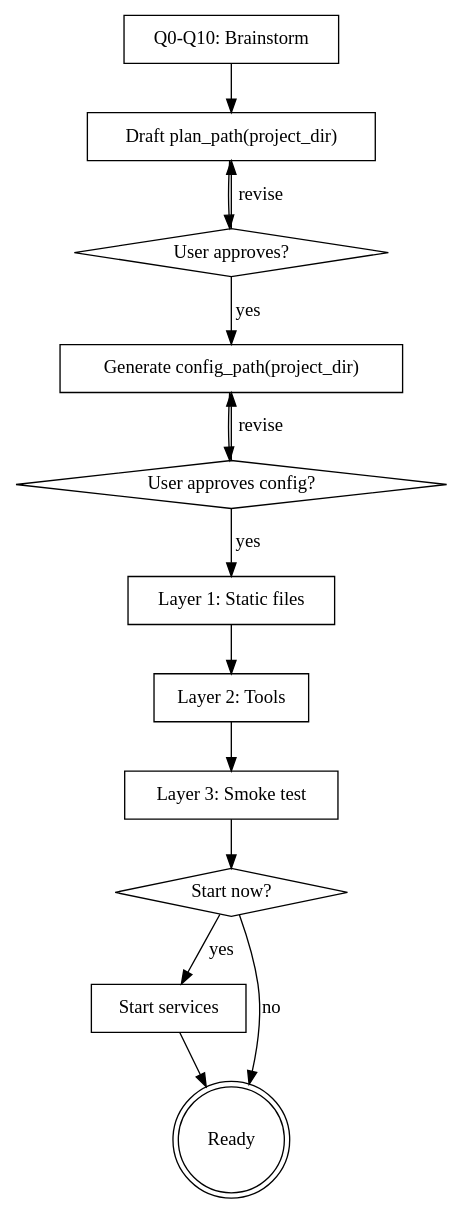
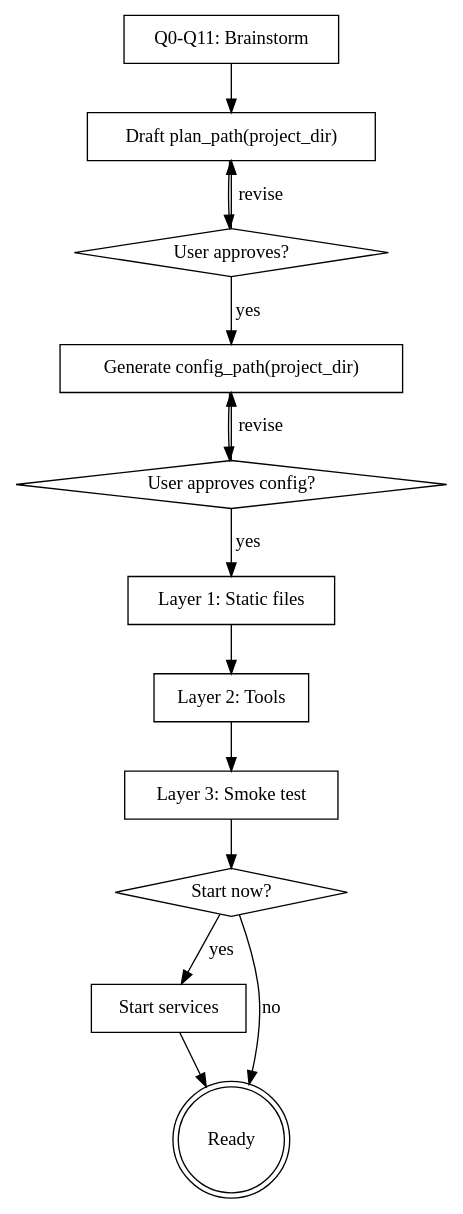
Before and after one commit to GiggleLiu/cryochamber: the diagram in .claude/skills/make-plan/SKILL.md, drawn with Graphviz. The commit also changed other lines of this file and 26 other files, not shown here.

````diff
--- a/.claude/skills/make-plan/SKILL.md
+++ b/.claude/skills/make-plan/SKILL.md
@@ -257,29 +354,29 @@
 ```dot
 digraph cryo_create {
-    "Q0-Q10: Brainstorm" [shape=box];
+    "Q0-Q11: Brainstorm" [shape=box];
     "Draft plan_path(project_dir)" [shape=box];
     "User approves?" [shape=diamond];
     "Generate config_path(project_dir)" [shape=box];
     "User approves config?" [shape=diamond];
     "Layer 1: Static files" [shape=box];
     "Layer 2: Tools" [shape=box];
     "Layer 3: Smoke test" [shape=box];
     "Start now?" [shape=diamond];
     "Start services" [shape=box];
     "Ready" [shape=doublecircle];
 
-    "Q0-Q10: Brainstorm" -> "Draft plan_path(project_dir)";
+    "Q0-Q11: Brainstorm" -> "Draft plan_path(project_dir)";
     "Draft plan_path(project_dir)" -> "User approves?";
     "User approves?" -> "Draft plan_path(project_dir)" [label="revise"];
     "User approves?" -> "Generate config_path(project_dir)" [label="yes"];
     "Generate config_path(project_dir)" -> "User approves config?";
     "User approves config?" -> "Generate config_path(project_dir)" [label="revise"];
     "User approves config?" -> "Layer 1: Static files" [label="yes"];
     "Layer 1: Static files" -> "Layer 2: Tools";
     "Layer 2: Tools" -> "Layer 3: Smoke test";
     "Layer 3: Smoke test" -> "Start now?";
     "Start now?" -> "Start services" [label="yes"];
     "Start now?" -> "Ready" [label="no"];
     "Start services" -> "Ready";
 }
 ```
````
